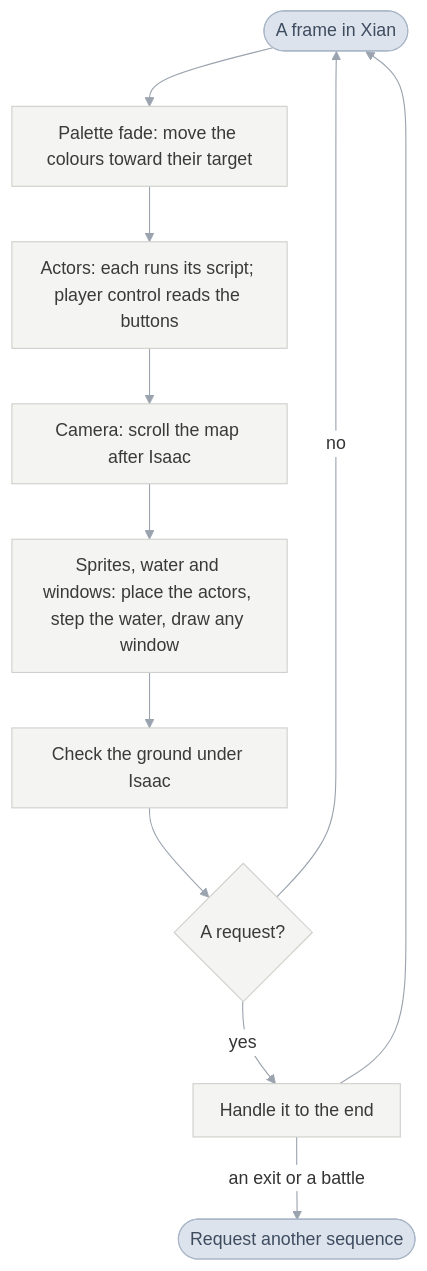
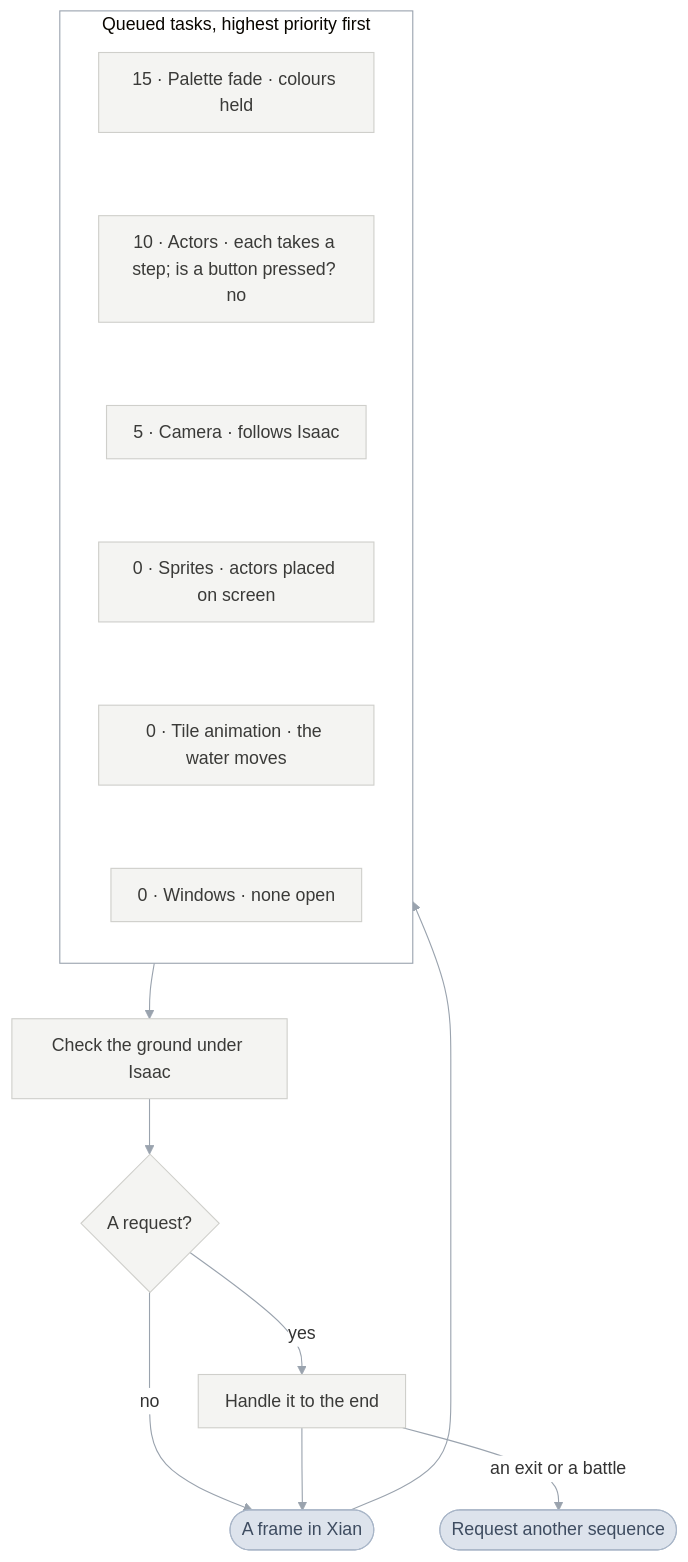
One commit to PascalPixel/alchemy changed the fourth of 4 diagrams in games/tbs/README.md. Above: the diagram before and after it, drawn with Mermaid. The commit also changed other lines of this file, not shown here.

First line of the commit message:
☀️ Front page: a frame's tasks as a box of queued tasks and a table

````diff
--- a/games/tbs/README.md
+++ b/games/tbs/README.md
@@ -113,19 +113,23 @@
 ```mermaid
 %%{init: {"theme": "base", "themeVariables": {"lineColor": "#9AA3AE", "edgeLabelBackground": "#FFFFFF"}, "flowchart": {"curve": "basis", "padding": 12}}}%%
 flowchart TD
-  frame(["A frame in Xian"]) --> fade["Palette fade: move the colours toward their target"]
-  fade --> actors["Actors: each runs its script; player control reads the buttons"]
-  actors --> camera["Camera: scroll the map after Isaac"]
-  camera --> rest["Sprites, water and windows: place the actors, step the water, draw any window"]
-  rest --> ground["Check the ground under Isaac"]
+  frame(["A frame in Xian"]) --> queue
+  subgraph queue ["Queued tasks, highest priority first"]
+    direction TB
+    t1["15 · Palette fade · colours held"] ~~~ t2["10 · Actors · each takes a step; is a button pressed? no"]
+    t2 ~~~ t3["5 · Camera · follows Isaac"] ~~~ t4["0 · Sprites · actors placed on screen"]
+    t4 ~~~ t5["0 · Tile animation · the water moves"] ~~~ t6["0 · Windows · none open"]
+  end
+  queue --> ground["Check the ground under Isaac"]
   ground --> check{"A request?"}
   check -->|"no"| frame
   check -->|"yes"| handle["Handle it to the end"]
   handle --> frame
   handle -->|"an exit or a battle"| next(["Request another sequence"])
   classDef link fill:#DDE3EC,stroke:#A9B6C8,color:#3E4C60
   classDef step fill:#F4F4F2,stroke:#CFCFCB,color:#3A3A38
   class frame,next link
-  class fade,actors,camera,rest,ground,handle step
+  class t1,t2,t3,t4,t5,t6,ground,handle step
+  style queue fill:#FFFFFF,stroke:#9AA3AE
   class check step
 ```
````
